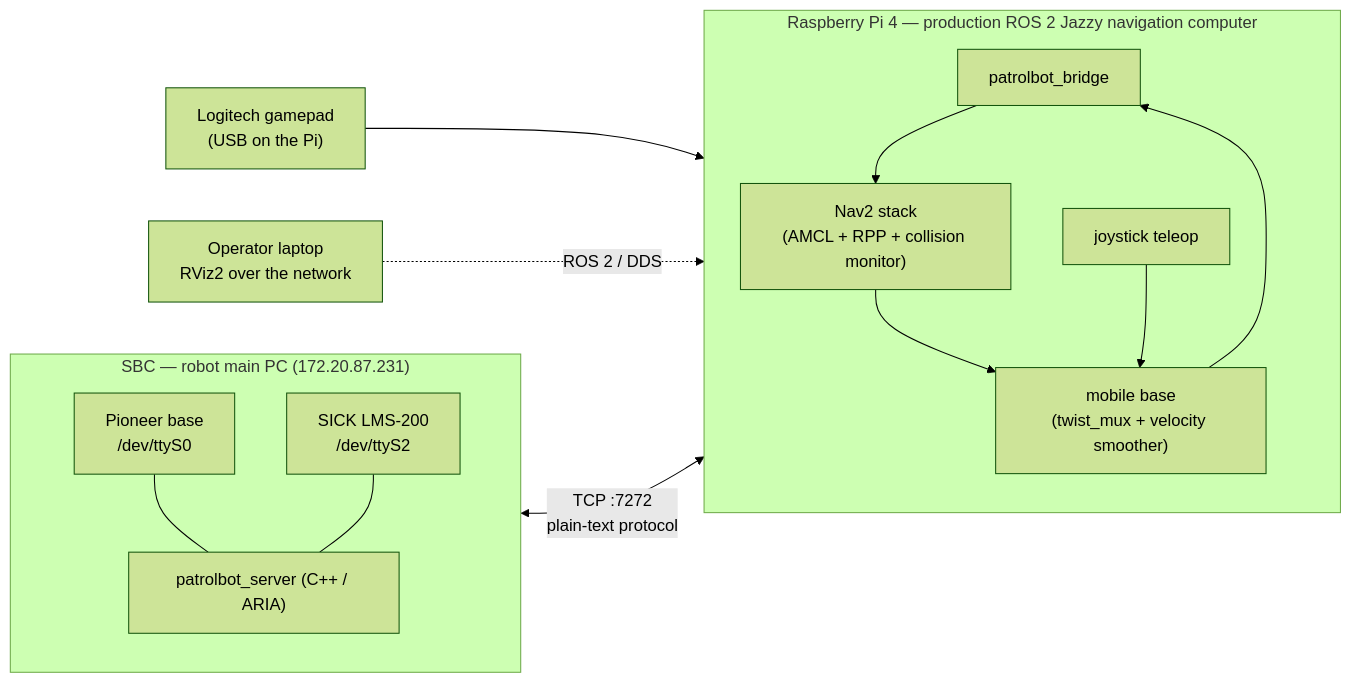
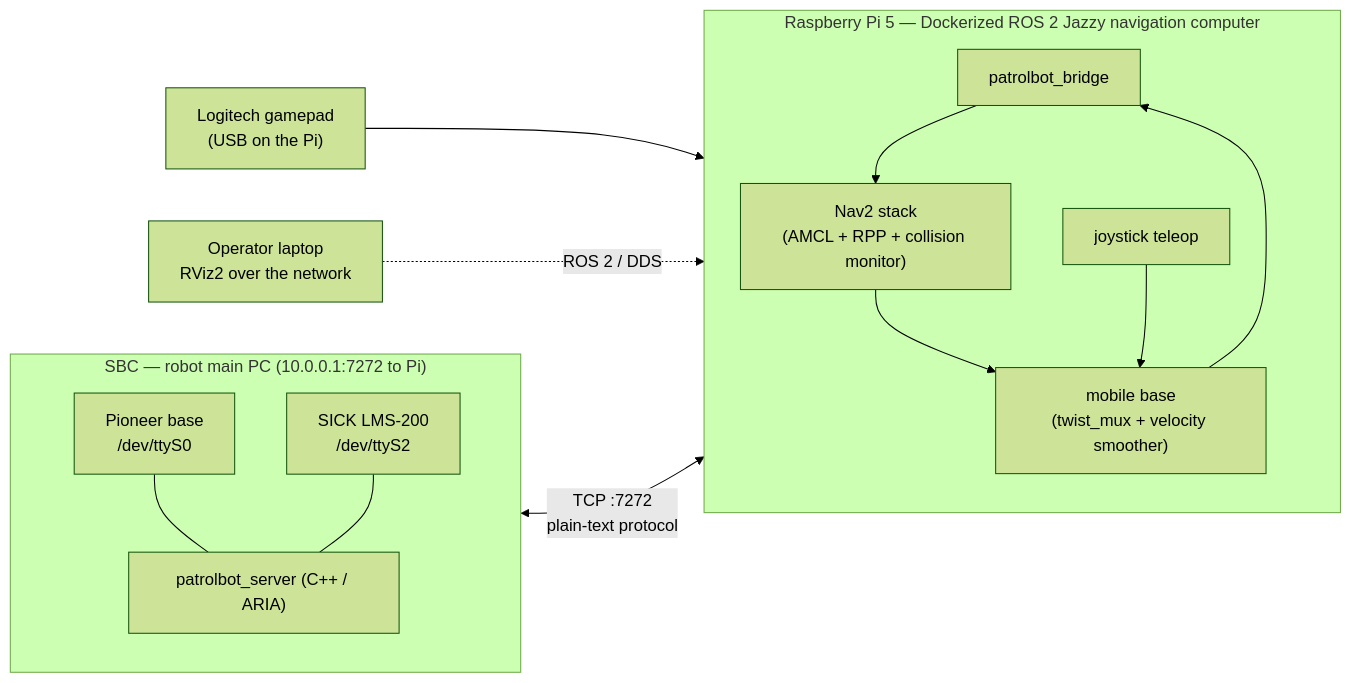
One commit to cmu-impactlab/patrolbot changed the diagram in docs/index.md. Above: the diagram before and after it, drawn with Mermaid (forest theme). The commit also changed other lines of this file and 103 other files, not shown here.

````diff
--- a/docs/index.md
+++ b/docs/index.md
@@ -18,28 +18,28 @@
 ```mermaid
 flowchart LR
-    subgraph SBC["SBC — robot main PC (172.20.87.231)"]
+    subgraph SBC["SBC — robot main PC (10.0.0.1:7272 to Pi)"]
         direction TB
         ARIA["patrolbot_server (C++ / ARIA)"]
         BASE["Pioneer base\n/dev/ttyS0"]
         LASER["SICK LMS-200\n/dev/ttyS2"]
         BASE --- ARIA
         LASER --- ARIA
     end
 
-    subgraph PI["Raspberry Pi 4 — production ROS 2 Jazzy navigation computer"]
+    subgraph PI["Raspberry Pi 5 — Dockerized ROS 2 Jazzy navigation computer"]
         direction TB
         BRIDGE["patrolbot_bridge"]
         NAV["Nav2 stack\n(AMCL + RPP + collision monitor)"]
         BASECTRL["mobile base\n(twist_mux + velocity smoother)"]
         JOY["joystick teleop"]
         BRIDGE --> NAV
         NAV --> BASECTRL
         JOY --> BASECTRL
         BASECTRL --> BRIDGE
     end
 
     ARIA <-->|"TCP :7272\nplain-text protocol"| BRIDGE
 
     GAMEPAD["Logitech gamepad\n(USB on the Pi)"] --> JOY
     OPERATOR["Operator laptop\nRViz2 over the network"] -.->|"ROS 2 / DDS"| NAV
 ```
````
